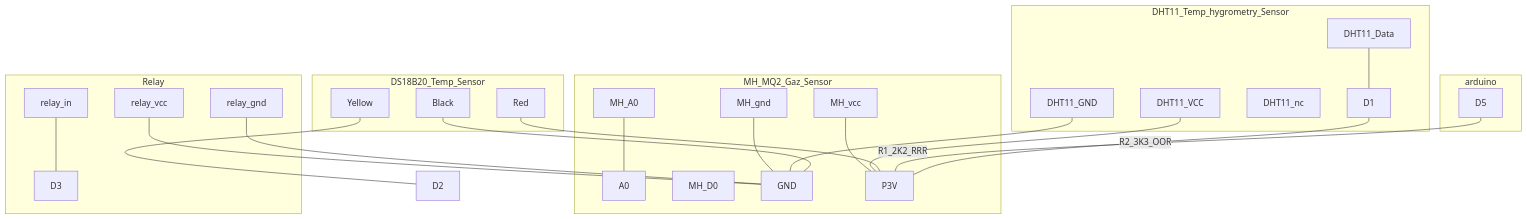
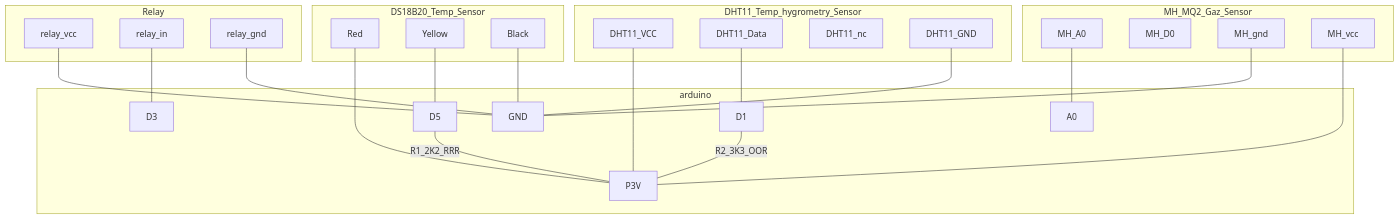
One commit to louis-chevallier/EPortier changed the diagram in robot_chaudiere/frontend/README.md. Above: the diagram before and after it, drawn with Mermaid.

Commit message:
Update graph

````diff
--- a/robot_chaudiere/frontend/README.md
+++ b/robot_chaudiere/frontend/README.md
@@ -30,50 +30,53 @@
 ```mermaid
 graph TD;
 
+
+    subgraph arduino
+        GND;
+        P3V
+        D1;
+
+        D3;
+        D5;
+        A0;
+    end
 
     subgraph DS18B20_Temp_Sensor
         Red;
         Yellow;
         Black;
     end
     subgraph MH_MQ2_Gaz_Sensor
         MH_A0 --- A0;
         MH_D0;
         MH_gnd --- GND;
         MH_vcc --- P3V;
         
 
 
     end
     subgraph DHT11_Temp_hygrometry_Sensor
         DHT11_VCC --- P3V;
         DHT11_Data --- D1;
         DHT11_nc ;
         DHT11_GND --- GND;
     end
+
+
+
+
     subgraph Relay
         relay_vcc --- GND;
         relay_in --- D3;
         relay_gnd --- GND;
     end
-    subgraph arduino
-        GND;
-        P3V
-        D1;
-
-        D3;
-        D5;
-        A0;
-    end
-
-
     Red --- P3V;
-    Yellow --- D2
+    Yellow --- D5;
     Black --- GND;
     D5 --- |R1_2K2_RRR| P3V;
     D1 --- |R2_3K3_OOR| P3V;
 
 
 
 
 ```
````
